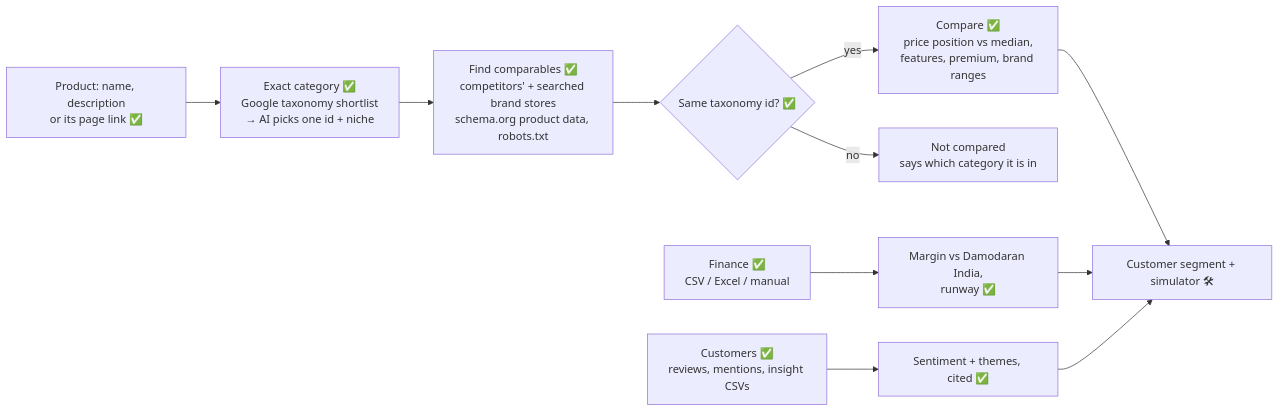
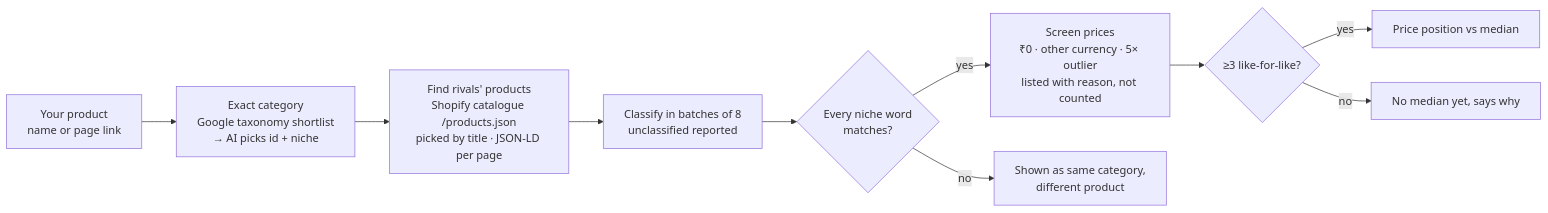
One commit to Niranjan-cyber/rivallens changed the third of 5 diagrams in docs/deck/PPT-CONTENT.md. Above: the diagram before and after it, drawn with Mermaid. The commit also changed other lines of this file and 1 other file, not shown here.

Commit message:
Deck content updated for the final version; finalVersion.md: features, what's real, limits, architecture, stack, major files

````diff
--- a/docs/deck/PPT-CONTENT.md
+++ b/docs/deck/PPT-CONTENT.md
@@ -130,13 +137,12 @@
 ```mermaid
 flowchart LR
-  PR[Product: name, description<br/>or its page link ✅] --> CAT[Exact category ✅<br/>Google taxonomy shortlist<br/>→ AI picks one id + niche]
-  CAT --> FIND[Find comparables ✅<br/>competitors' + searched brand stores<br/>schema.org product data, robots.txt]
-  FIND --> SAME{Same taxonomy id? ✅}
-  SAME -- yes --> CMP[Compare ✅<br/>price position vs median,<br/>features, premium, brand ranges]
-  SAME -- no --> DROP[Not compared<br/>says which category it is in]
-  MO[Finance ✅<br/>CSV / Excel / manual] --> MM[Margin vs Damodaran India,<br/>runway ✅]
-  CU[Customers ✅<br/>reviews, mentions, insight CSVs] --> CS[Sentiment + themes, cited ✅]
-  CMP --> SEG[Customer segment + simulator 🛠]
-  MM --> SEG
-  CS --> SEG
+  PR[Your product<br/>name or page link] --> CAT[Exact category<br/>Google taxonomy shortlist<br/>→ AI picks id + niche]
+  CAT --> FIND[Find rivals' products<br/>Shopify catalogue /products.json<br/>picked by title · JSON-LD per page]
+  FIND --> CLS[Classify in batches of 8<br/>unclassified reported]
+  CLS --> LFL{Every niche word<br/>matches?}
+  LFL -- yes --> SCR[Screen prices<br/>₹0 · other currency · 5× outlier<br/>listed with reason, not counted]
+  LFL -- no --> DROP[Shown as same category,<br/>different product]
+  SCR --> MED{≥3 like-for-like?}
+  MED -- yes --> POS[Price position vs median]
+  MED -- no --> NONE[No median yet, says why]
 ```
````
